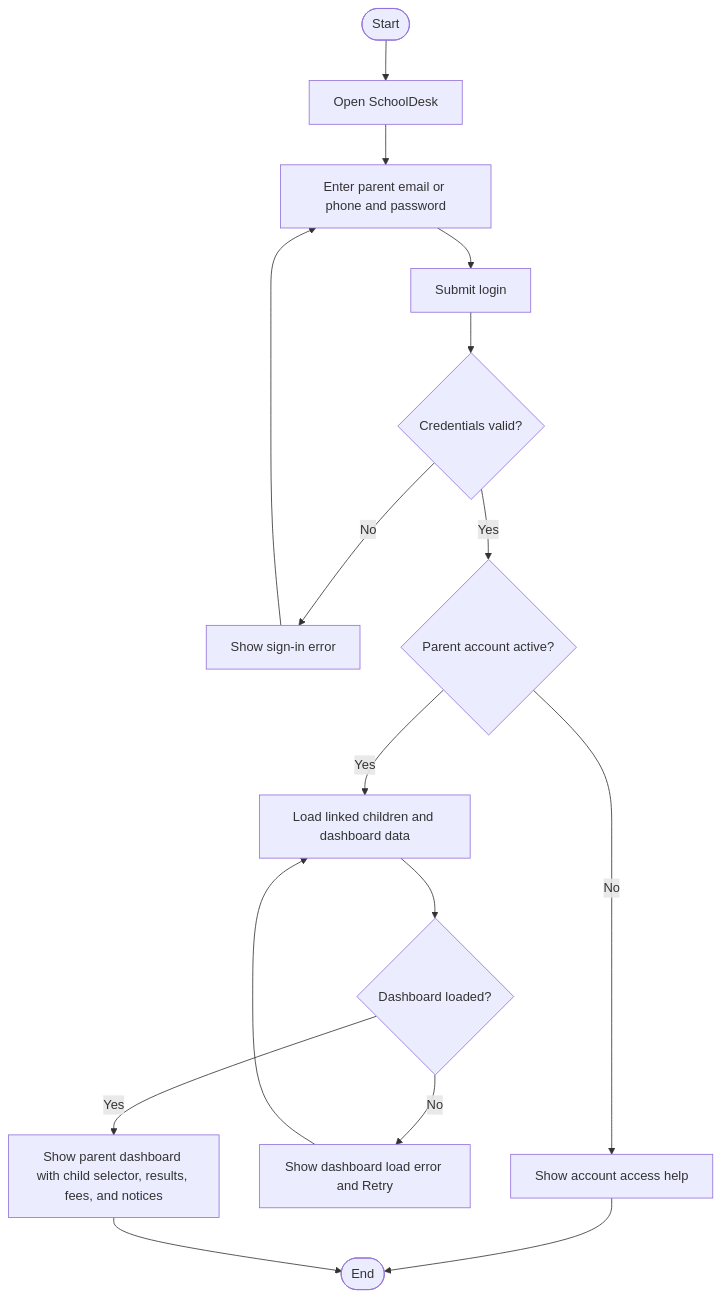
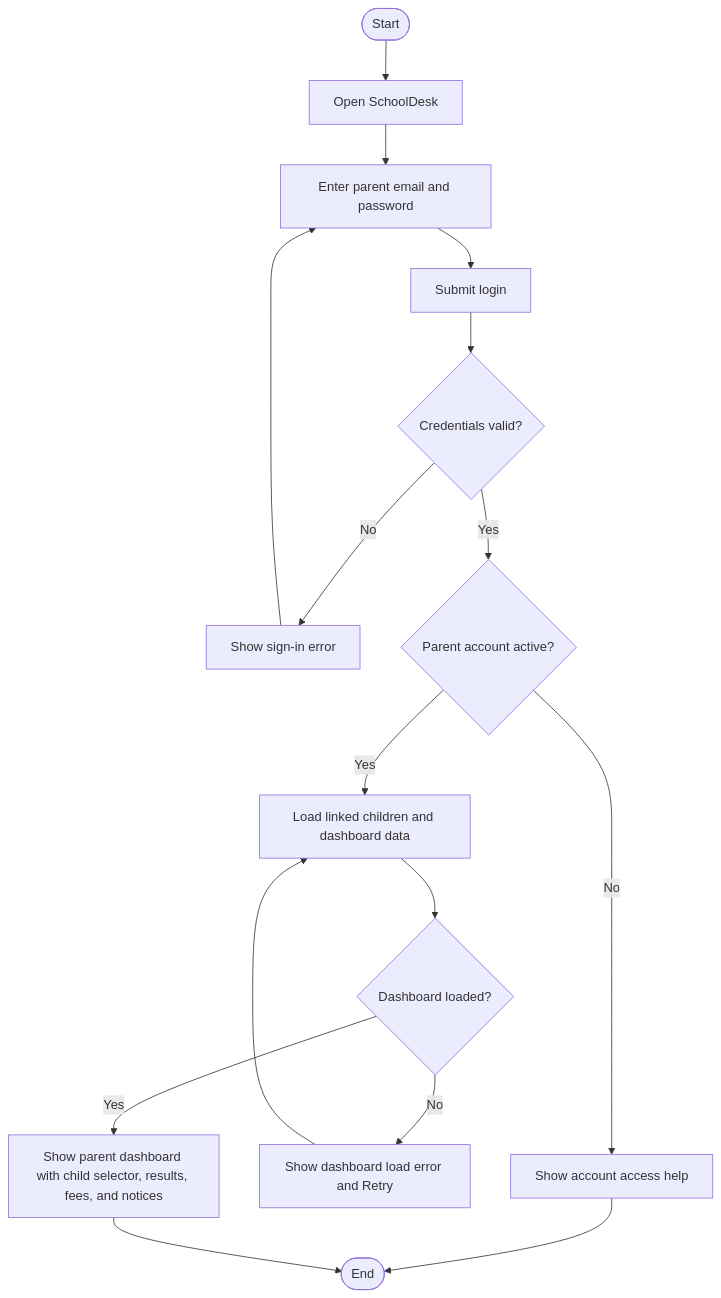
Before and after one commit to TheFaay/SchoolDeskMain1: the first of 4 diagrams in docs/ux/parent-dashboard/user-flows.md, drawn with Mermaid. The commit also changed 202 other files, not shown here.

Commit message:
Complete SchoolDesk platform and admissions flows

````diff
--- a/docs/ux/parent-dashboard/user-flows.md
+++ b/docs/ux/parent-dashboard/user-flows.md
@@ -7,18 +7,18 @@
 ```mermaid
 flowchart TD
     A([Start]) --> B[Open SchoolDesk]
-    B --> C[Enter parent email or phone and password]
+    B --> C[Enter parent email and password]
     C --> D[Submit login]
     D --> E{Credentials valid?}
     E -- No --> F[Show sign-in error]
     F --> C
     E -- Yes --> G{Parent account active?}
     G -- No --> H[Show account access help]
     H --> Z([End])
     G -- Yes --> I[Load linked children and dashboard data]
     I --> J{Dashboard loaded?}
     J -- No --> K[Show dashboard load error and Retry]
     K --> I
     J -- Yes --> L[Show parent dashboard with child selector, results, fees, and notices]
     L --> Z
 ```
````
